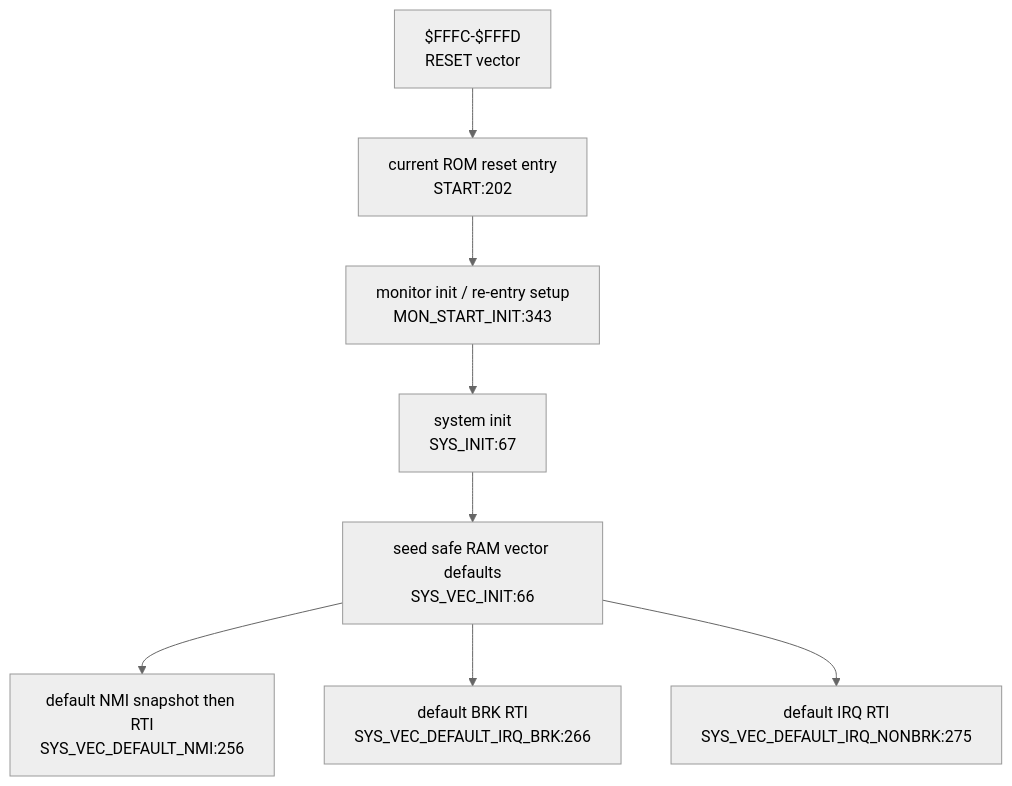
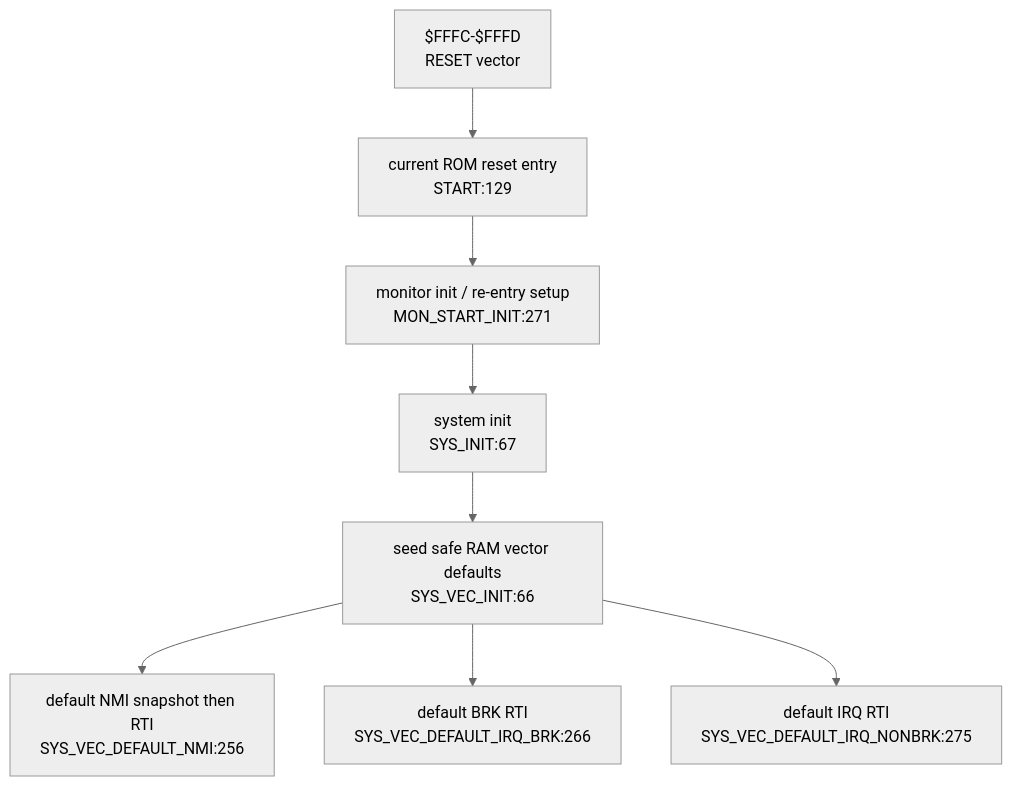
Before and after one commit to 95westus/R-YORS: the second of 6 diagrams in DOC/GENERATED/INTERRUPT_VECTOR_MAP.md, drawn with Mermaid (neutral theme). The commit also changed other lines of this file and 243 other files, not shown here.

````diff
--- a/DOC/GENERATED/INTERRUPT_VECTOR_MAP.md
+++ b/DOC/GENERATED/INTERRUPT_VECTOR_MAP.md
@@ -37,10 +37,10 @@
 ```mermaid
 flowchart TD
-    RESETV["$FFFC-$FFFD<br/>RESET vector"] --> STARTN["current ROM reset entry<br/>START:202"]
-    STARTN --> INIT["monitor init / re-entry setup<br/>MON_START_INIT:343"]
+    RESETV["$FFFC-$FFFD<br/>RESET vector"] --> STARTN["current ROM reset entry<br/>START:129"]
+    STARTN --> INIT["monitor init / re-entry setup<br/>MON_START_INIT:271"]
     INIT --> SYSINIT["system init<br/>SYS_INIT:67"]
     SYSINIT --> VECINIT["seed safe RAM vector defaults<br/>SYS_VEC_INIT:66"]
     VECINIT --> DEFNMI["default NMI snapshot then RTI<br/>SYS_VEC_DEFAULT_NMI:256"]
     VECINIT --> DEFBRK["default BRK RTI<br/>SYS_VEC_DEFAULT_IRQ_BRK:266"]
     VECINIT --> DEFIRQ["default IRQ RTI<br/>SYS_VEC_DEFAULT_IRQ_NONBRK:275"]
 ```
````
